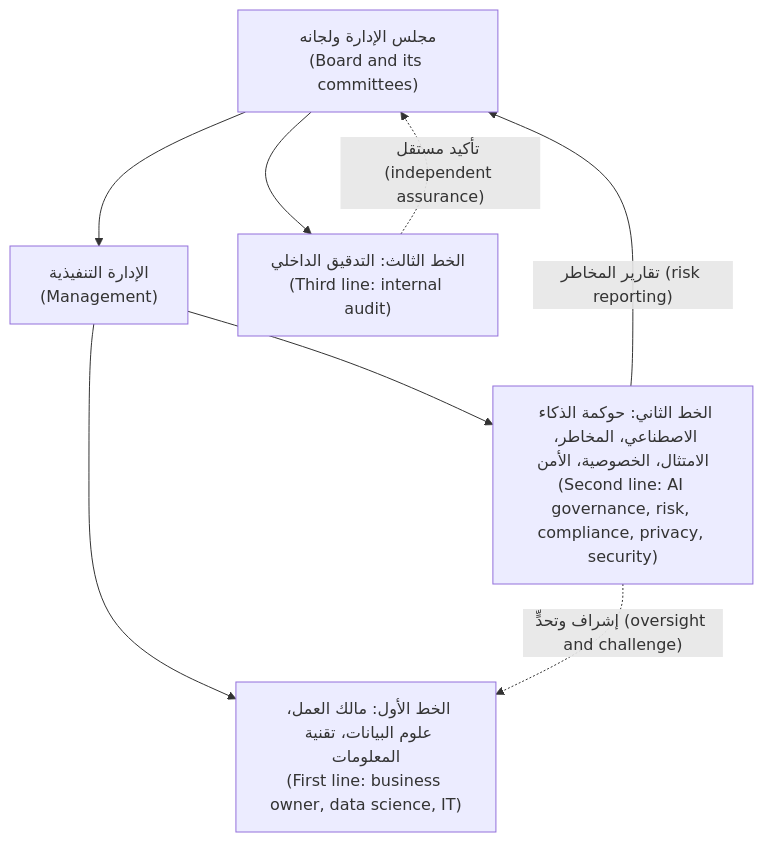
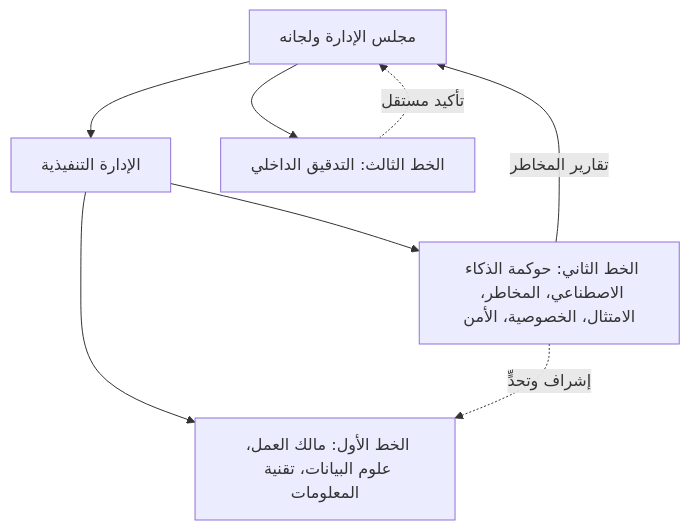
Before and after one commit to Tamoura/system-design-for-vibe-coders: the second of 2 diagrams in aigp/modules/02-organisation.ar.md, drawn with Mermaid. The commit also changed other lines of this file and 551 other files, not shown here.

````diff
--- a/aigp/modules/02-organisation.ar.md
+++ b/aigp/modules/02-organisation.ar.md
@@ -302,10 +302,10 @@
 ```mermaid
 flowchart TD
-    B["مجلس الإدارة ولجانه<br/>(Board and its committees)"] --> M["الإدارة التنفيذية<br/>(Management)"]
-    M --> L1["الخط الأول: مالك العمل، علوم البيانات، تقنية المعلومات<br/>(First line: business owner, data science, IT)"]
-    M --> L2["الخط الثاني: حوكمة الذكاء الاصطناعي، المخاطر، الامتثال، الخصوصية، الأمن<br/>(Second line: AI governance, risk, compliance, privacy, security)"]
-    B --> L3["الخط الثالث: التدقيق الداخلي<br/>(Third line: internal audit)"]
-    L3 -.->|"تأكيد مستقل (independent assurance)"| B
-    L2 -.->|"إشراف وتحدٍّ (oversight and challenge)"| L1
-    L2 -->|"تقارير المخاطر (risk reporting)"| B
+    B["مجلس الإدارة ولجانه"] --> M["الإدارة التنفيذية"]
+    M --> L1["الخط الأول: مالك العمل، علوم البيانات، تقنية المعلومات"]
+    M --> L2["الخط الثاني: حوكمة الذكاء الاصطناعي، المخاطر، الامتثال، الخصوصية، الأمن"]
+    B --> L3["الخط الثالث: التدقيق الداخلي"]
+    L3 -.->|"تأكيد مستقل"| B
+    L2 -.->|"إشراف وتحدٍّ"| L1
+    L2 -->|"تقارير المخاطر"| B
 ```
````
